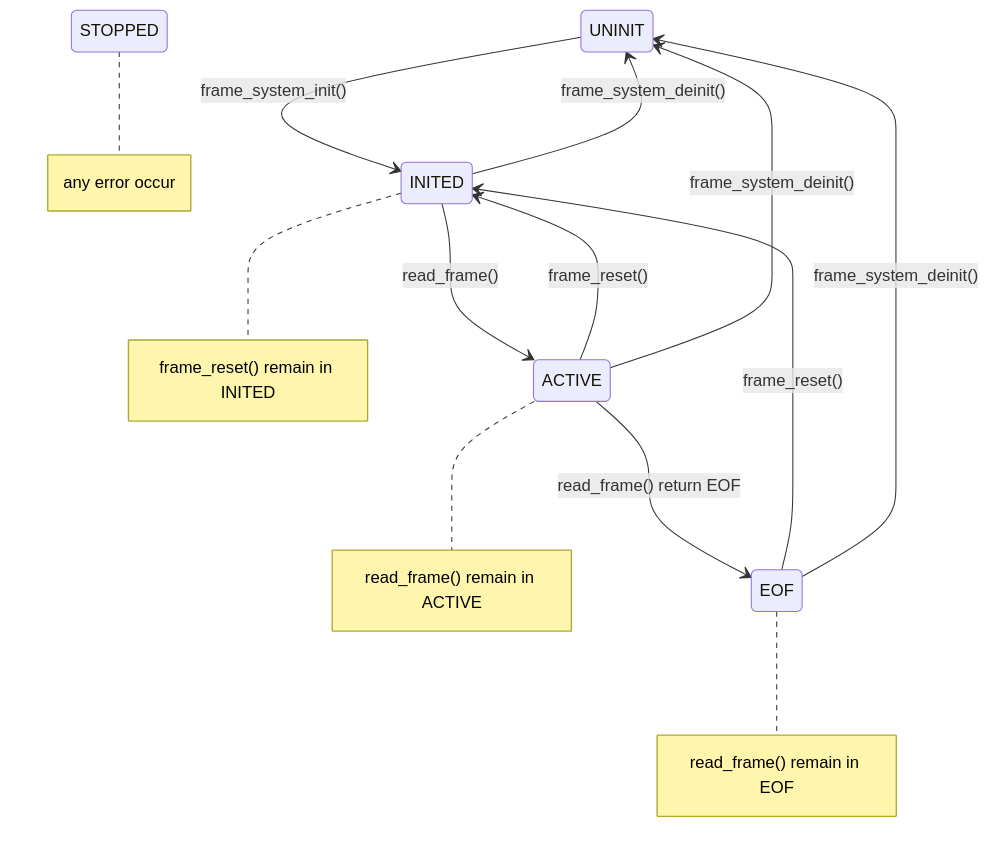
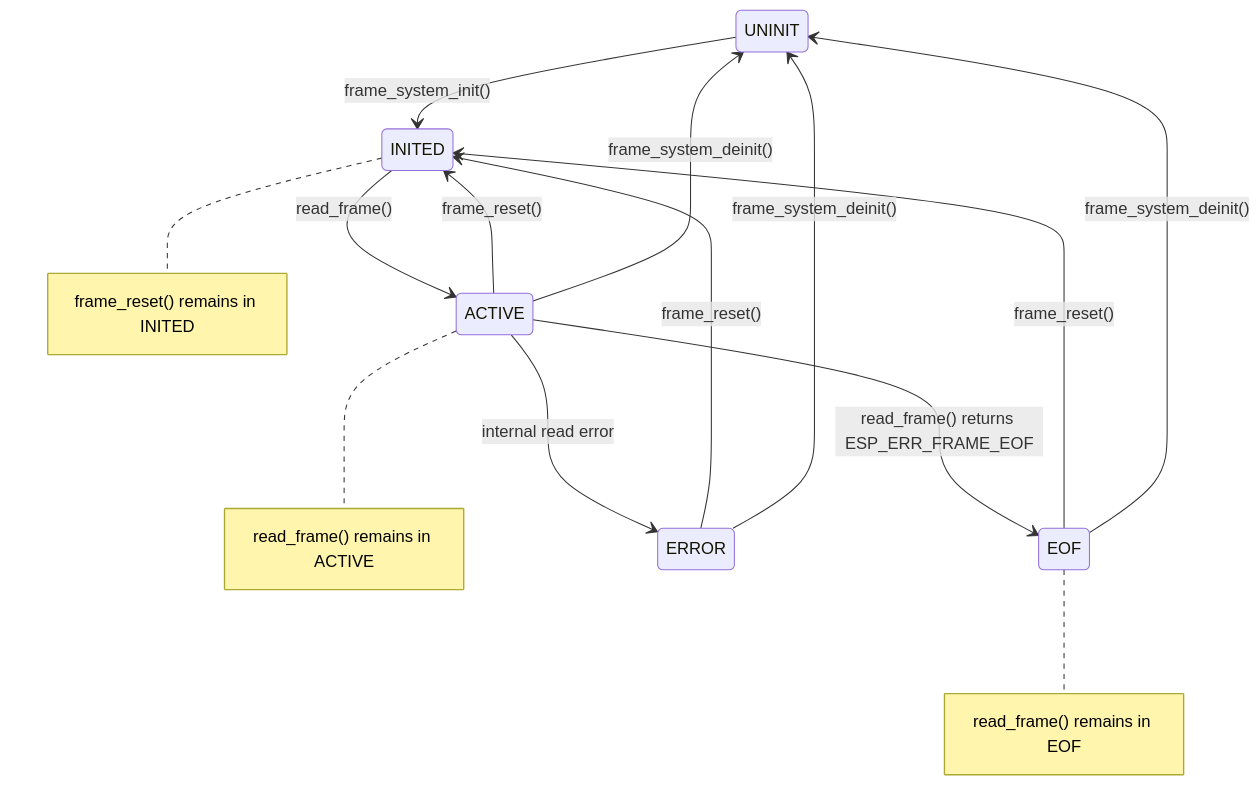
One commit to YuHsuan0116/LightDance_Firmware changed the diagram in LPS/components/PT_Reader/README.md. Above: the diagram before and after it, drawn with Mermaid. The commit also changed other lines of this file, not shown here.

Commit message:
add error types' description

````diff
--- a/LPS/components/PT_Reader/README.md
+++ b/LPS/components/PT_Reader/README.md
@@ -16,30 +17,30 @@
 ```mermaid
 stateDiagram-v2
 direction TB
-    
-    UNINIT --> INITED: frame_system_init()
 
-    INITED --> ACTIVE: read_frame()
+UNINIT --> INITED: frame_system_init()
 
-    note right of INITED: frame_reset() remain in INITED
-    
-    note right of ACTIVE: read_frame() remain in ACTIVE
-    
-    ACTIVE --> EOF: read_frame() return EOF
+INITED --> ACTIVE: read_frame()
 
-    ACTIVE --> INITED: frame_reset()
+note right of INITED: frame_reset() remains in INITED
 
-    ACTIVE --> UNINIT: frame_system_deinit()
+note right of ACTIVE: read_frame() remains in ACTIVE
 
-    note right of EOF: read_frame() remain in EOF
-    
-    EOF --> INITED: frame_reset()
-    
-    EOF --> UNINIT: frame_system_deinit()
+ACTIVE --> EOF: read_frame() returns ESP_ERR_FRAME_EOF
 
-    INITED --> UNINIT: frame_system_deinit()
+ACTIVE --> ERROR: internal read error
 
-    STOPPED
+ERROR --> INITED: frame_reset()
 
-    note right of STOPPED: any error occur
+ERROR --> UNINIT: frame_system_deinit()
+
+ACTIVE --> INITED: frame_reset()
+
+ACTIVE --> UNINIT: frame_system_deinit()
+
+note right of EOF: read_frame() remains in EOF
+
+EOF --> INITED: frame_reset()
+
+EOF --> UNINIT: frame_system_deinit()
 ```
````
